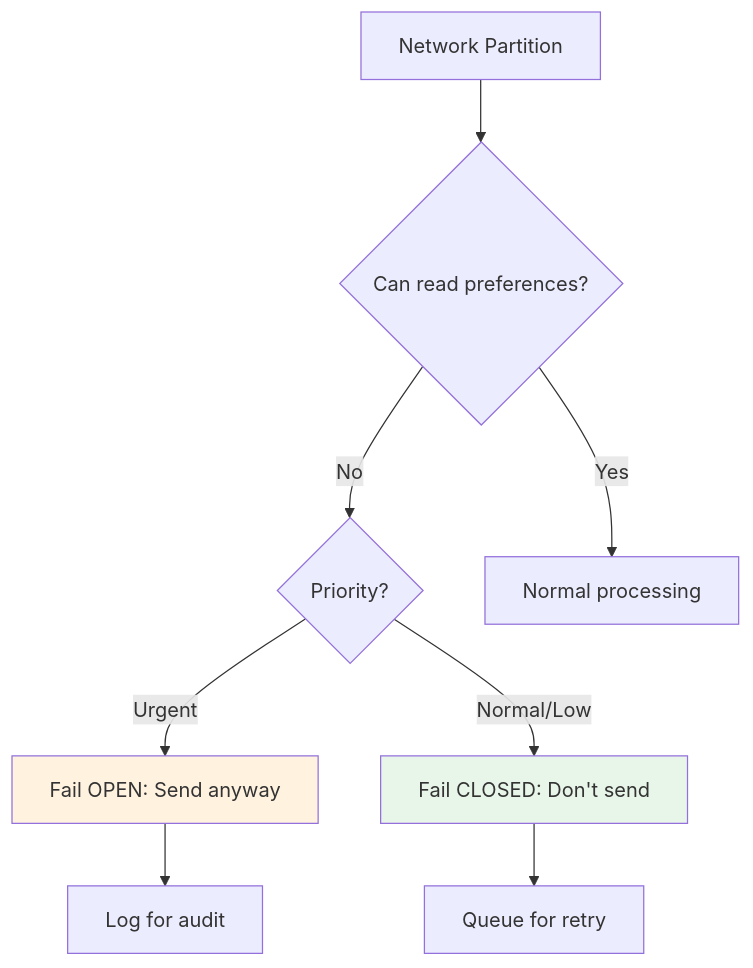
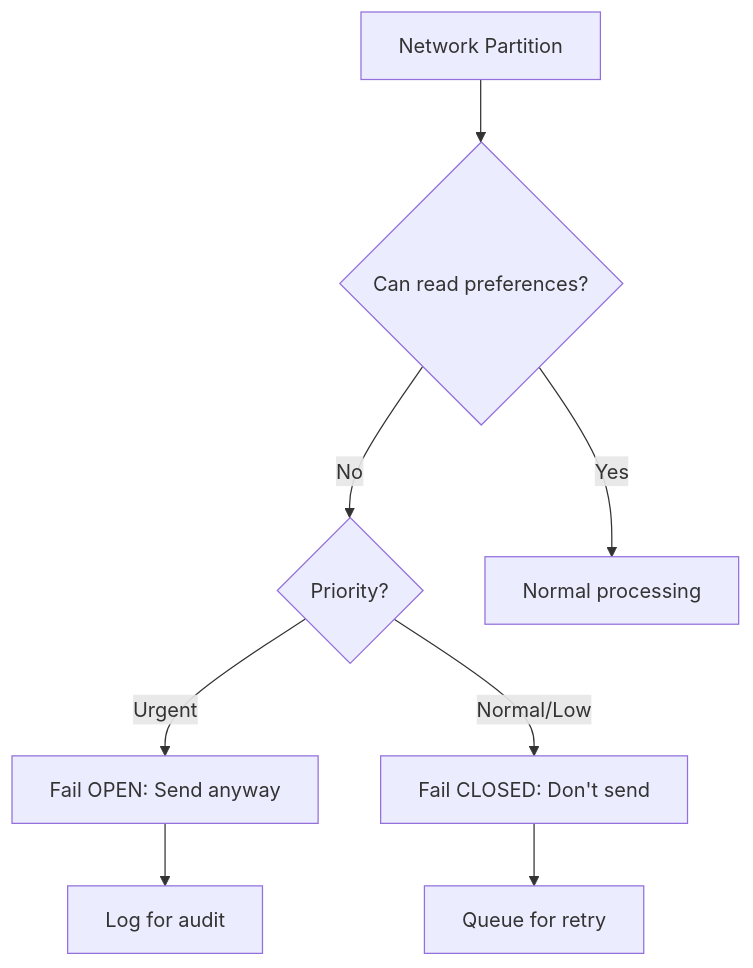
Before and after one commit to udaytamma/Cyrus: the eighth of 9 diagrams in gemini-responses/notification-platform-system-design-20260129-1819.md, drawn with Mermaid. The commit also changed other lines of this file and 8 other files, not shown here.

````diff
--- a/gemini-responses/notification-platform-system-design-20260129-1819.md
+++ b/gemini-responses/notification-platform-system-design-20260129-1819.md
@@ -579,16 +529,13 @@
 ```mermaid
 flowchart TB
     PARTITION[Network Partition] --> PREF_READ{Can read preferences?}
 
     PREF_READ -->|No| CHECK_PRIO{Priority?}
     CHECK_PRIO -->|Urgent| FAIL_OPEN[Fail OPEN: Send anyway]
     CHECK_PRIO -->|Normal/Low| FAIL_CLOSED[Fail CLOSED: Don't send]
 
     PREF_READ -->|Yes| NORMAL[Normal processing]
 
     FAIL_OPEN --> LOG1[Log for audit]
     FAIL_CLOSED --> LOG2[Queue for retry]
-
-    style FAIL_OPEN fill:#fff3e0
-    style FAIL_CLOSED fill:#e8f5e9
 ```
````
